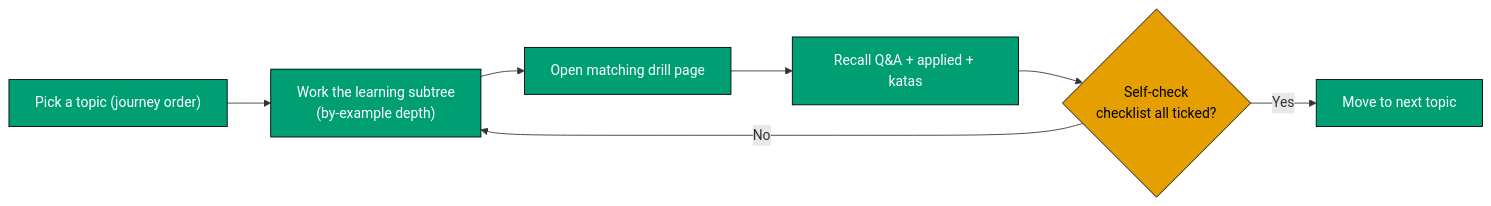
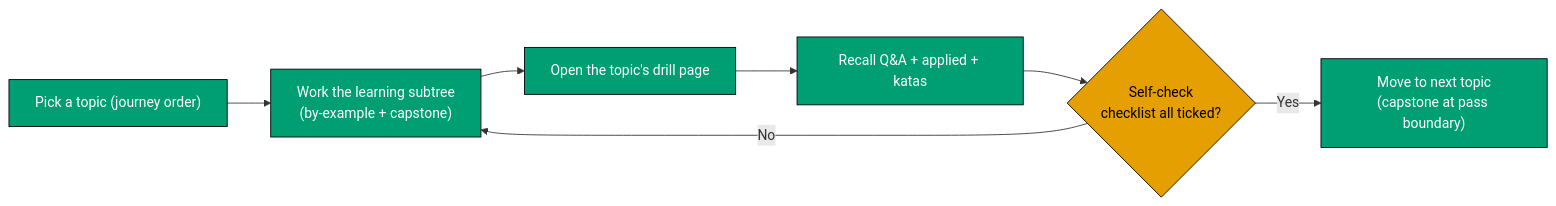
One commit to wahidyankf/baseerah changed the second of 3 diagrams in plans/in-progress/the-well-grounded-software-engineer/tech-docs.md. Above: the diagram before and after it, drawn with Mermaid. The commit also changed other lines of this file and 70 other files, not shown here.

````diff
--- a/plans/in-progress/the-well-grounded-software-engineer/tech-docs.md
+++ b/plans/in-progress/the-well-grounded-software-engineer/tech-docs.md
@@ -224,14 +349,14 @@
 ```mermaid
 flowchart LR
-    A["Pick a topic (journey order)"] --> B["Work the learning subtree<br/>(by-example depth)"]
-    B --> C["Open matching drill page"]
+    A["Pick a topic (journey order)"] --> B["Work the learning subtree<br/>(by-example + capstone)"]
+    B --> C["Open the topic's drill page"]
     C --> D["Recall Q&A + applied + katas"]
     D --> E{"Self-check<br/>checklist all ticked?"}
     E -->|No| B
-    E -->|Yes| F["Move to next topic"]
+    E -->|Yes| F["Move to next topic<br/>(capstone at pass boundary)"]
 
     classDef step fill:#009E73,stroke:#000,color:#fff
     classDef decision fill:#E69F00,stroke:#000,color:#000
     class A,B,C,D,F step
     class E decision
 ```
````
